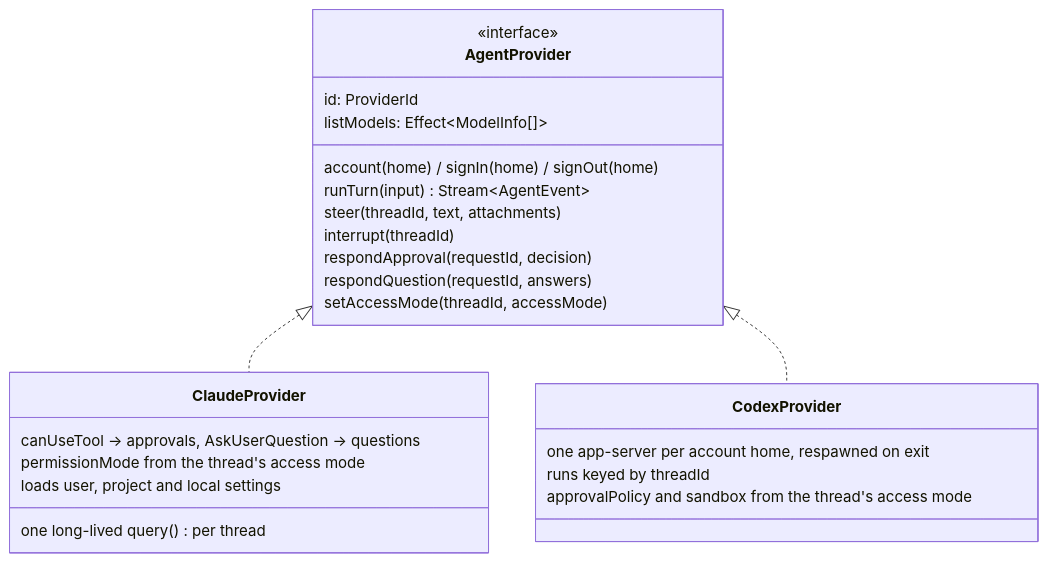
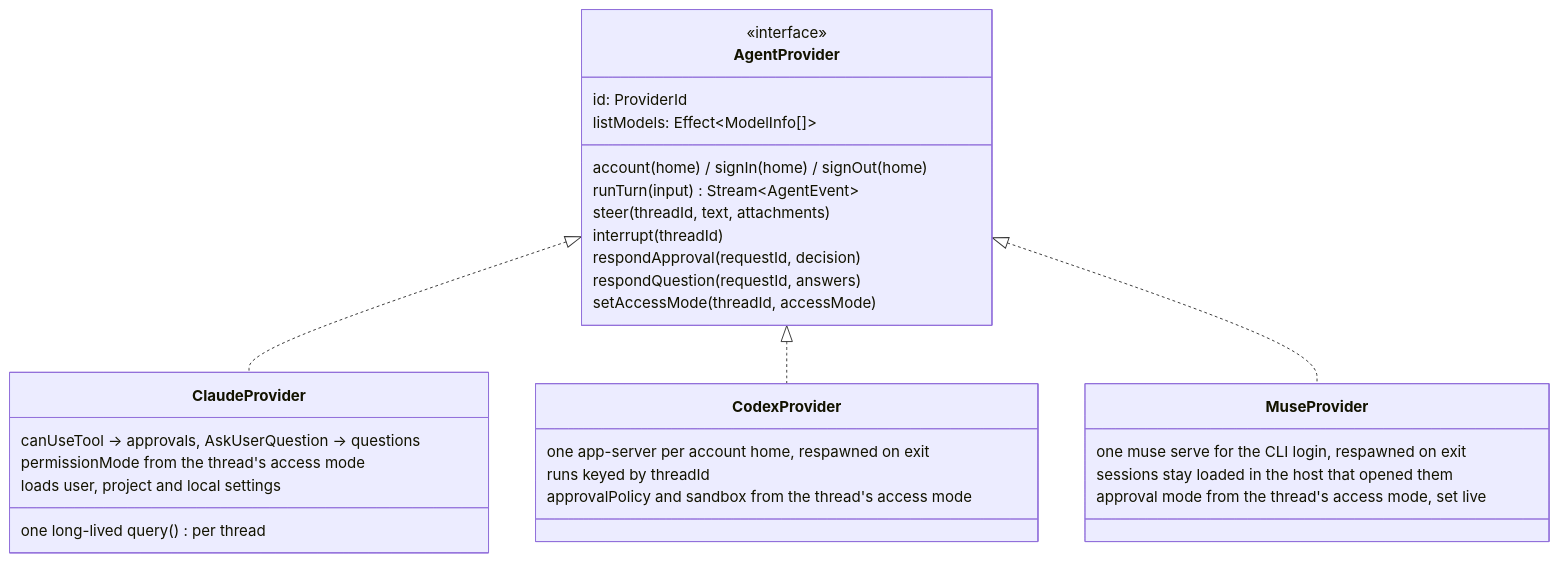
The fourth of 16 diagrams in docs/arch.md (hinadev-ai/hinacode), drawn with Mermaid before and after one commit. The commit also changed other lines of this file and 5 other files, not shown here.

````diff
--- a/docs/arch.md
+++ b/docs/arch.md
@@ -97,28 +98,34 @@
 ```mermaid
 classDiagram
   class AgentProvider {
     <<interface>>
     id: ProviderId
     listModels: Effect~ModelInfo[]~
     account(home) / signIn(home) / signOut(home)
     runTurn(input) Stream~AgentEvent~
     steer(threadId, text, attachments)
     interrupt(threadId)
     respondApproval(requestId, decision)
     respondQuestion(requestId, answers)
     setAccessMode(threadId, accessMode)
   }
   class ClaudeProvider {
     one long-lived query() per thread
     canUseTool → approvals, AskUserQuestion → questions
     permissionMode from the thread's access mode
     loads user, project and local settings
   }
   class CodexProvider {
     one app-server per account home, respawned on exit
     runs keyed by threadId
     approvalPolicy and sandbox from the thread's access mode
   }
+  class MuseProvider {
+    one muse serve for the CLI login, respawned on exit
+    sessions stay loaded in the host that opened them
+    approval mode from the thread's access mode, set live
+  }
   AgentProvider <|.. ClaudeProvider
   AgentProvider <|.. CodexProvider
+  AgentProvider <|.. MuseProvider
 ```
````
